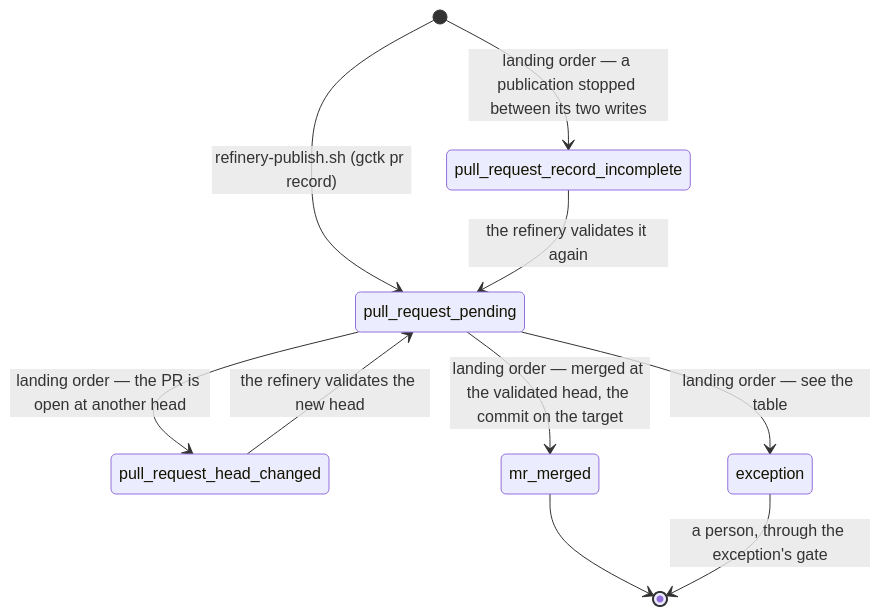
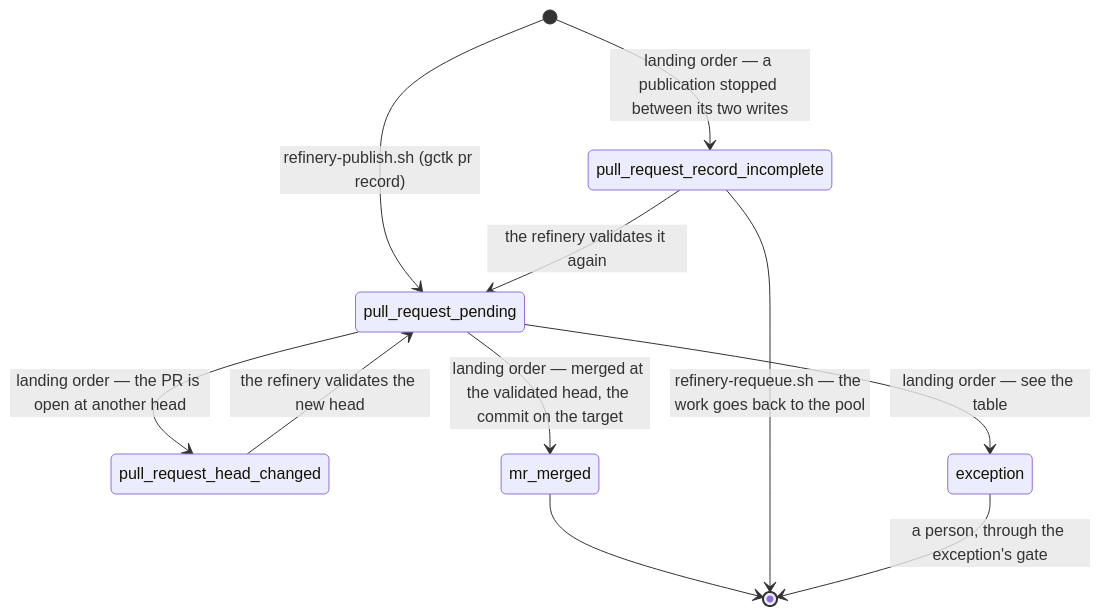
Before and after one commit to zookanalytics/gc-toolkit: the second of 3 diagrams in docs/state-machine.md, drawn with Mermaid. The commit also changed other lines of this file and 4 other files, not shown here.

````diff
--- a/docs/state-machine.md
+++ b/docs/state-machine.md
@@ -234,13 +234,14 @@
 ```mermaid
 stateDiagram-v2
   direction TB
   [*] --> pull_request_pending: refinery-publish.sh (gctk pr record)
   pull_request_pending --> pull_request_head_changed: landing order — the PR is open at another head
   pull_request_head_changed --> pull_request_pending: the refinery validates the new head
   pull_request_pending --> mr_merged: landing order — merged at the validated head, the commit on the target
   mr_merged --> [*]
   [*] --> pull_request_record_incomplete: landing order — a publication stopped between its two writes
   pull_request_record_incomplete --> pull_request_pending: the refinery validates it again
+  pull_request_record_incomplete --> [*]: refinery-requeue.sh — the work goes back to the pool
   pull_request_pending --> exception: landing order — see the table
   exception --> [*]: a person, through the exception's gate
 ```
````
